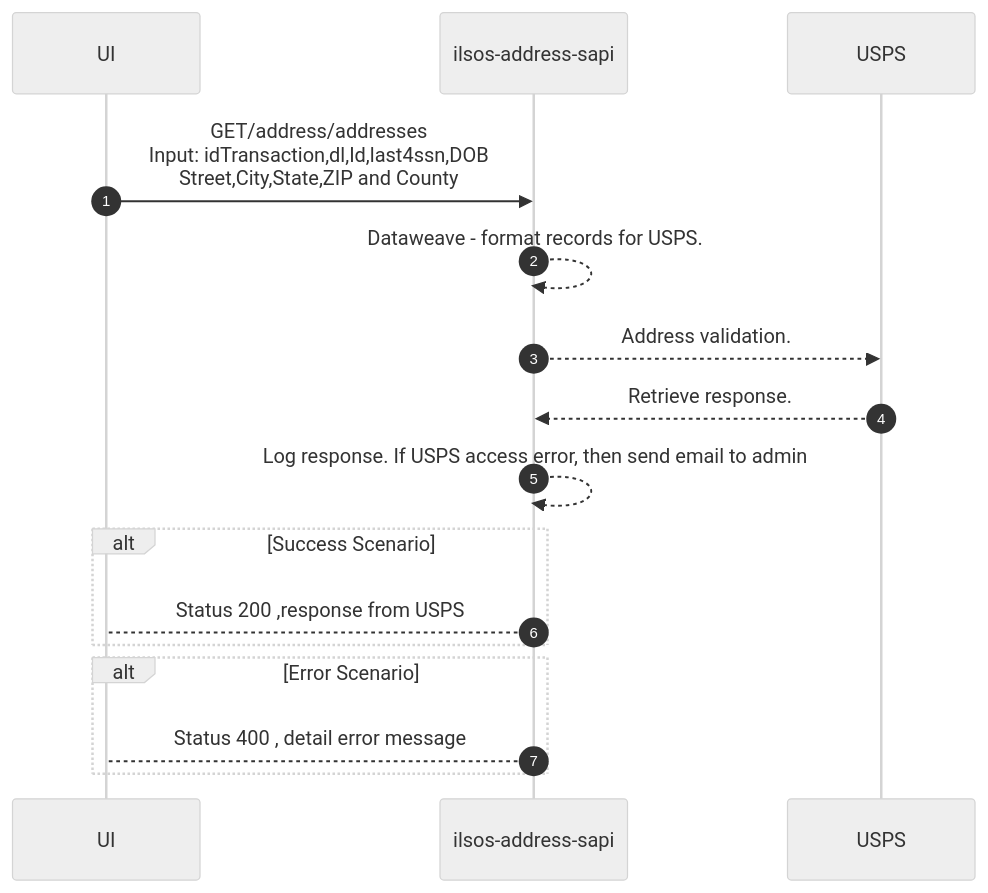
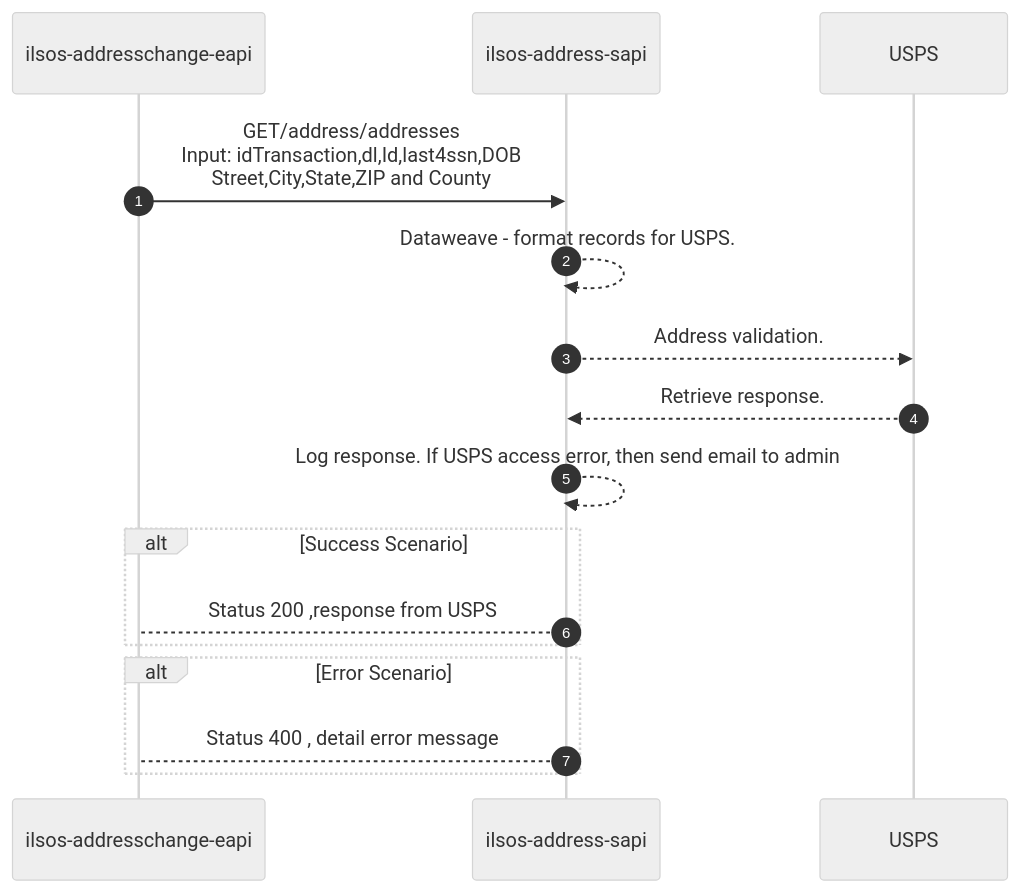
Before and after one commit to acme-devs/ilsos-address-sapi: the diagram in README.md, drawn with Mermaid (neutral theme).

````diff
--- a/README.md
+++ b/README.md
@@ -27,19 +27,19 @@
 ```mermaid
 sequenceDiagram
     autonumber
-    participant ui as UI
+    participant eapi as ilsos-addresschange-eapi
     participant api as ilsos-address-sapi
     participant usps as USPS
 
-    ui->>api:GET/address/addresses <br>Input: idTransaction,dl,Id,last4ssn,DOB<br>Street,City,State,ZIP and County
+    eapi->>api:GET/address/addresses <br>Input: idTransaction,dl,Id,last4ssn,DOB<br>Street,City,State,ZIP and County
     api-->>api:Dataweave - format records for USPS.
     api-->>usps:Address validation.
     usps-->>api:Retrieve response.
     api-->>api:Log response. If USPS access error, then send email to admin
     alt Success Scenario 
-        api-->ui: Status 200 ,response from USPS
+        api-->eapi: Status 200 ,response from USPS
     end
     alt Error Scenario 
-        api-->ui: Status 400 , detail error message
+        api-->eapi: Status 400 , detail error message
     end
   ```
````
